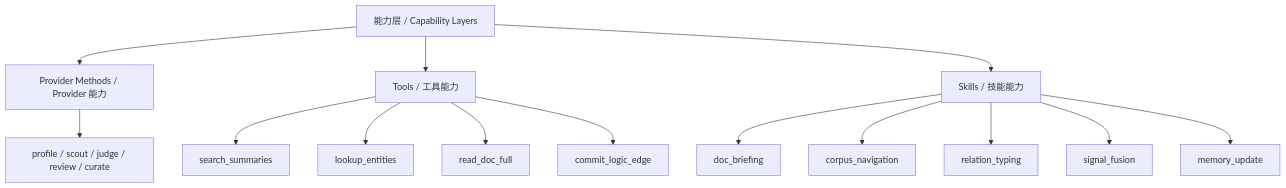
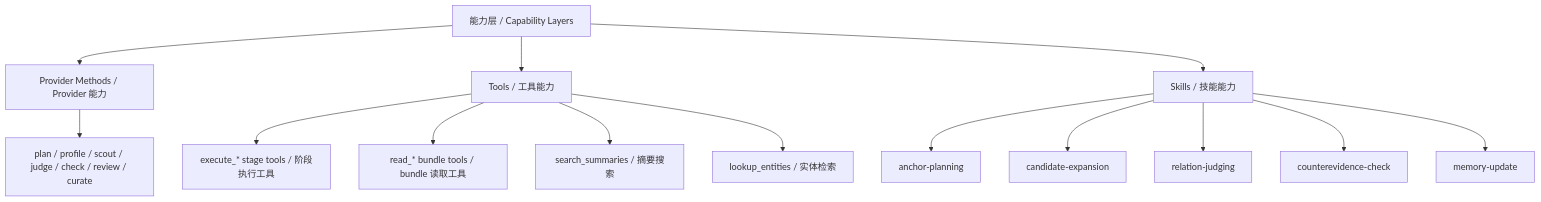
Diagram 11 of 14 in docs/agent-runtime.md (DocuMind-Team/gl-hnsw), drawn with Mermaid before and after one commit. The commit also changed other lines of this file and 1 other file, not shown here.

````diff
--- a/docs/agent-runtime.md
+++ b/docs/agent-runtime.md
@@ -721,17 +722,17 @@
 ```mermaid
 flowchart TD
     A["能力层 / Capability Layers"] --> B["Provider Methods / Provider 能力"]
     A --> C["Tools / 工具能力"]
     A --> D["Skills / 技能能力"]
 
-    B --> B1["profile / scout / judge / review / curate"]
-    C --> C1["search_summaries"]
-    C --> C2["lookup_entities"]
-    C --> C3["read_doc_full"]
-    C --> C4["commit_logic_edge"]
-    D --> D1["doc_briefing"]
-    D --> D2["corpus_navigation"]
-    D --> D3["relation_typing"]
-    D --> D4["signal_fusion"]
-    D --> D5["memory_update"]
+    B --> B1["plan / profile / scout / judge / check / review / curate"]
+    C --> C1["execute_* stage tools / 阶段执行工具"]
+    C --> C2["read_* bundle tools / bundle 读取工具"]
+    C --> C3["search_summaries / 摘要搜索"]
+    C --> C4["lookup_entities / 实体检索"]
+    D --> D1["anchor-planning"]
+    D --> D2["candidate-expansion"]
+    D --> D3["relation-judging"]
+    D --> D4["counterevidence-check"]
+    D --> D5["memory-update"]
 ```
````
